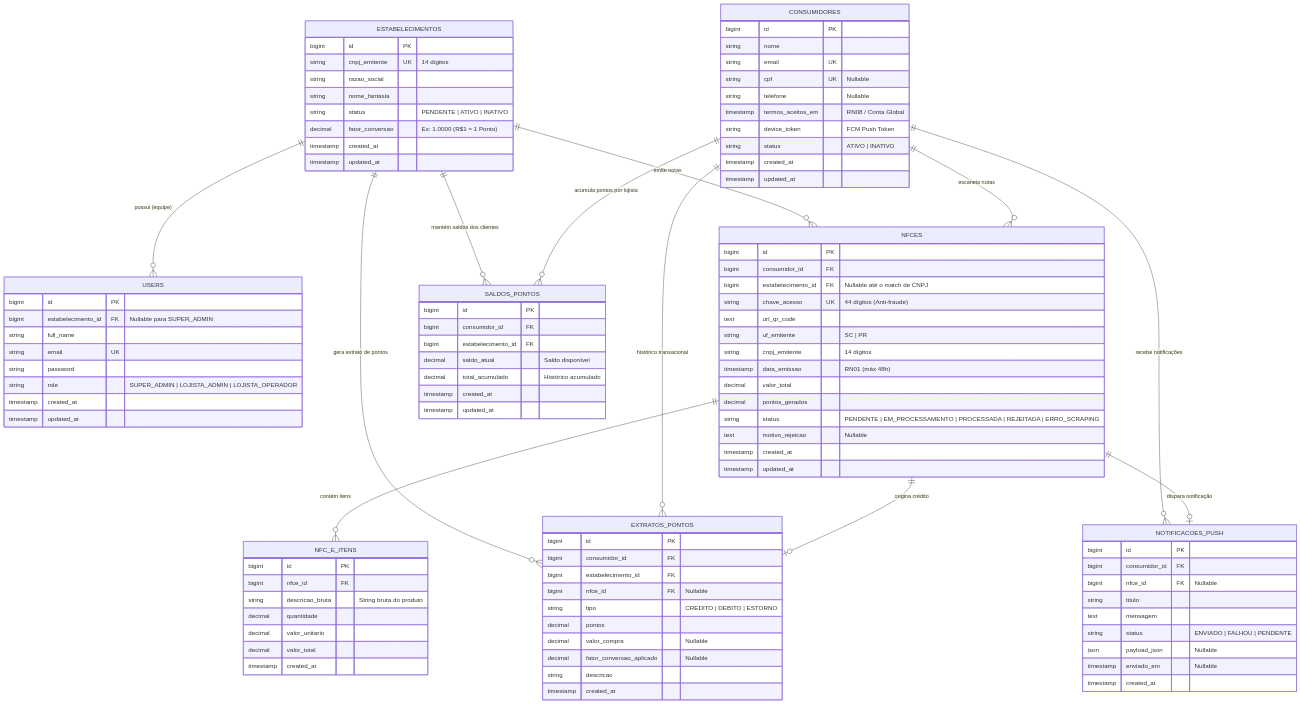
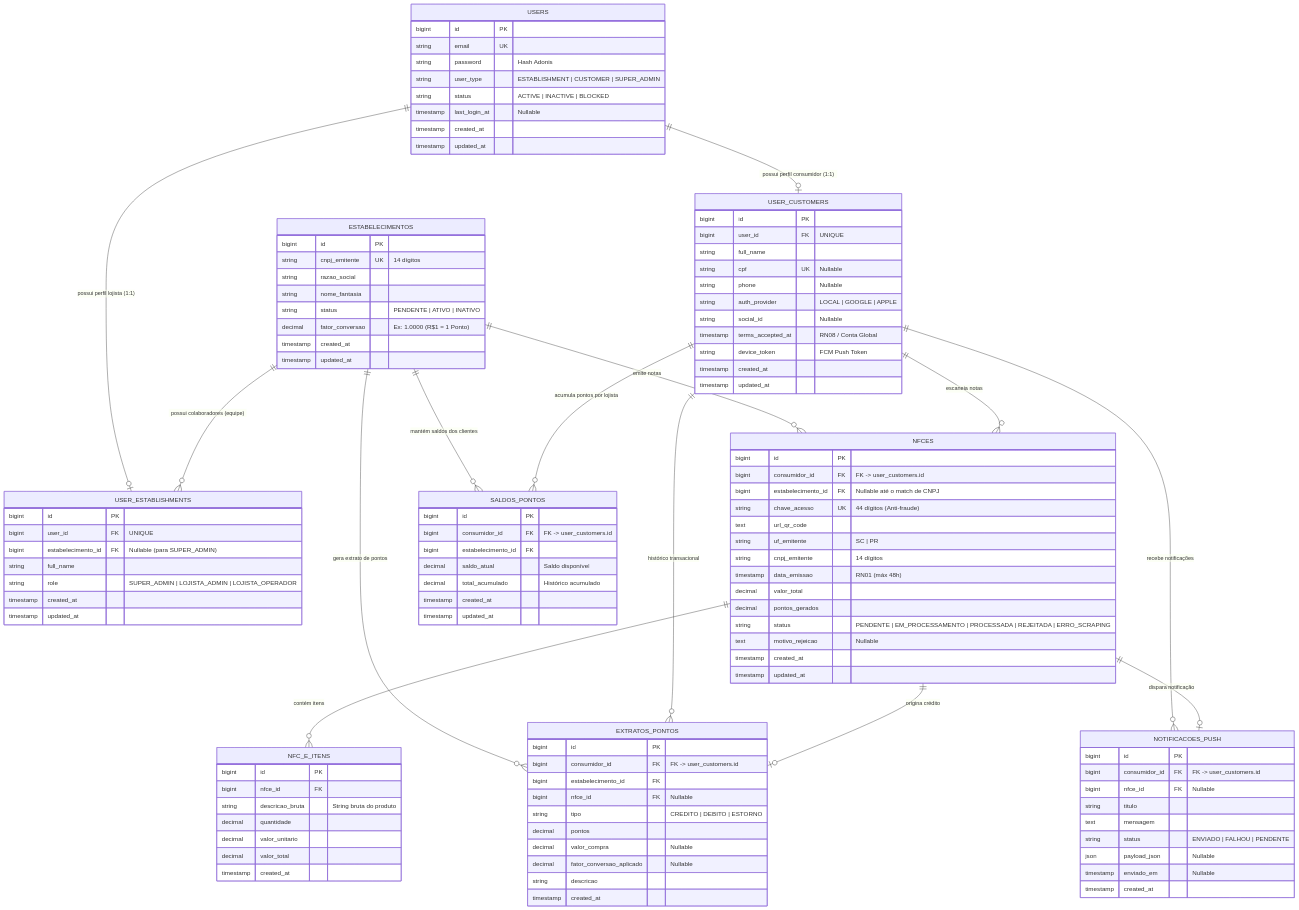
The diagram in docs/architecture/MODELAGEM-BANCO-DE-DADOS.md (hugobatista27/cash-me-api), drawn with Mermaid before and after one commit. The commit also changed other lines of this file, not shown here.

Commit message:
doc: documenta alterações no banco de dados com relação a funcionalidades de auth

````diff
--- a/docs/architecture/MODELAGEM-BANCO-DE-DADOS.md
+++ b/docs/architecture/MODELAGEM-BANCO-DE-DADOS.md
@@ -9,14 +9,17 @@
 ```mermaid
 erDiagram
-    ESTABELECIMENTOS ||--o{ USERS : "possui (equipe)"
+    USERS ||--o| USER_ESTABLISHMENTS : "possui perfil lojista (1:1)"
+    USERS ||--o| USER_CUSTOMERS : "possui perfil consumidor (1:1)"
+
+    ESTABELECIMENTOS ||--o{ USER_ESTABLISHMENTS : "possui colaboradores (equipe)"
     ESTABELECIMENTOS ||--o{ NFCES : "emite notas"
     ESTABELECIMENTOS ||--o{ SALDOS_PONTOS : "mantém saldos dos clientes"
     ESTABELECIMENTOS ||--o{ EXTRATOS_PONTOS : "gera extrato de pontos"
     
-    CONSUMIDORES ||--o{ NFCES : "escaneia notas"
-    CONSUMIDORES ||--o{ SALDOS_PONTOS : "acumula pontos por lojista"
-    CONSUMIDORES ||--o{ EXTRATOS_PONTOS : "histórico transacional"
-    CONSUMIDORES ||--o{ NOTIFICACOES_PUSH : "recebe notificações"
+    USER_CUSTOMERS ||--o{ NFCES : "escaneia notas"
+    USER_CUSTOMERS ||--o{ SALDOS_PONTOS : "acumula pontos por lojista"
+    USER_CUSTOMERS ||--o{ EXTRATOS_PONTOS : "histórico transacional"
+    USER_CUSTOMERS ||--o{ NOTIFICACOES_PUSH : "recebe notificações"
     
     NFCES ||--o{ NFC_E_ITENS : "contém itens"
     NFCES ||--o| EXTRATOS_PONTOS : "origina crédito"
@@ -35,31 +38,42 @@
 
     USERS {
         bigint id PK
-        bigint estabelecimento_id FK "Nullable para SUPER_ADMIN"
+        string email UK
+        string password "Hash Adonis"
+        string user_type "ESTABLISHMENT | CUSTOMER | SUPER_ADMIN"
+        string status "ACTIVE | INACTIVE | BLOCKED"
+        timestamp last_login_at "Nullable"
+        timestamp created_at
+        timestamp updated_at
+    }
+
+    USER_ESTABLISHMENTS {
+        bigint id PK
+        bigint user_id FK "UNIQUE"
+        bigint estabelecimento_id FK "Nullable (para SUPER_ADMIN)"
         string full_name
-        string email UK
-        string password
         string role "SUPER_ADMIN | LOJISTA_ADMIN | LOJISTA_OPERADOR"
         timestamp created_at
         timestamp updated_at
     }
 
-    CONSUMIDORES {
+    USER_CUSTOMERS {
         bigint id PK
-        string nome
-        string email UK
+        bigint user_id FK "UNIQUE"
+        string full_name
         string cpf UK "Nullable"
-        string telefone "Nullable"
-        timestamp termos_aceitos_em "RN08 / Conta Global"
+        string phone "Nullable"
+        string auth_provider "LOCAL | GOOGLE | APPLE"
+        string social_id "Nullable"
+        timestamp terms_accepted_at "RN08 / Conta Global"
         string device_token "FCM Push Token"
-        string status "ATIVO | INATIVO"
         timestamp created_at
         timestamp updated_at
     }
 
     NFCES {
         bigint id PK
-        bigint consumidor_id FK
+        bigint consumidor_id FK "FK -> user_customers.id"
         bigint estabelecimento_id FK "Nullable até o match de CNPJ"
         string chave_acesso UK "44 dígitos (Anti-fraude)"
         text url_qr_code
@@ -86,7 +100,7 @@
 
     SALDOS_PONTOS {
         bigint id PK
-        bigint consumidor_id FK
+        bigint consumidor_id FK "FK -> user_customers.id"
         bigint estabelecimento_id FK
         decimal saldo_atual "Saldo disponível"
         decimal total_acumulado "Histórico acumulado"
@@ -96,7 +110,7 @@
 
     EXTRATOS_PONTOS {
         bigint id PK
-        bigint consumidor_id FK
+        bigint consumidor_id FK "FK -> user_customers.id"
         bigint estabelecimento_id FK
         bigint nfce_id FK "Nullable"
         string tipo "CREDITO | DEBITO | ESTORNO"
@@ -109,7 +123,7 @@
 
     NOTIFICACOES_PUSH {
         bigint id PK
-        bigint consumidor_id FK
+        bigint consumidor_id FK "FK -> user_customers.id"
         bigint nfce_id FK "Nullable"
         string titulo
         text mensagem
````
